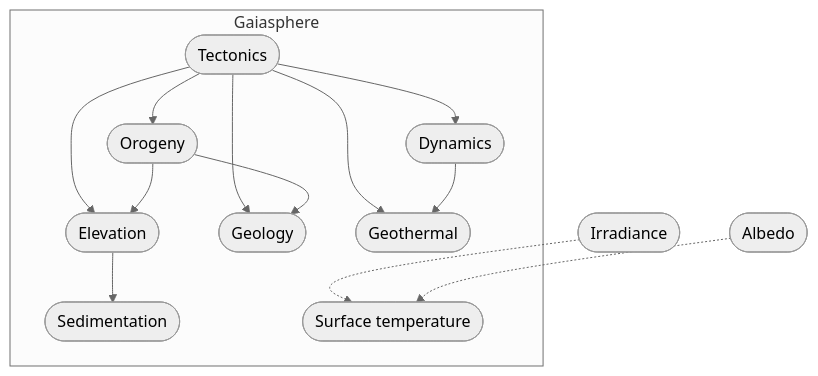
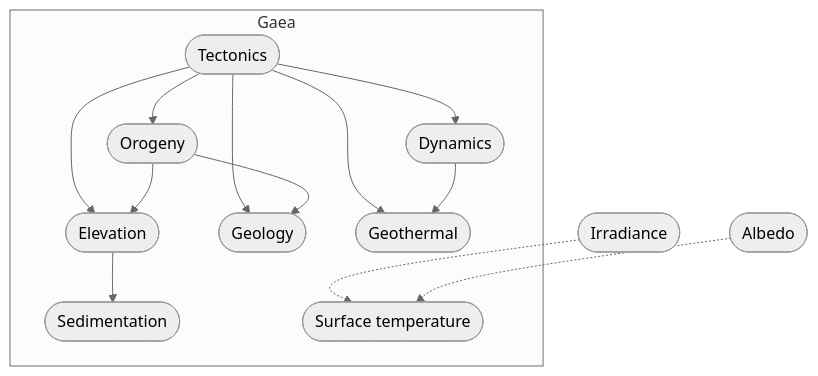
One commit to lagardej/mimameithr changed the third of 8 diagrams in docs/concerns.adoc. Above: the diagram before and after it, drawn with Mermaid (neutral theme). The commit also changed other lines of this file and 136 other files, not shown here.

```diff
--- a/docs/concerns.adoc
+++ b/docs/concerns.adoc
@@ -179,29 +179,29 @@
 [mermaid]
 ....
 flowchart TB
-    subgraph Gaiasphere
+    subgraph Gaea
         Tectonics([Tectonics])
         Orogeny([Orogeny])
         Elevation([Elevation])
         Dynamics([Dynamics])
         Sedimentation([Sedimentation])
         Geology([Geology])
         Geothermal([Geothermal])
         SurfaceTemperature([Surface temperature])
     end
 
     Irradiance([Irradiance])
     Albedo([Albedo])
 
     Tectonics --> Orogeny
     Tectonics --> Elevation
     Tectonics --> Dynamics
     Tectonics --> Geology
     Tectonics --> Geothermal
     Orogeny --> Elevation
     Orogeny --> Geology
     Dynamics --> Geothermal
     Elevation --> Sedimentation
     Irradiance -.-> SurfaceTemperature
     Albedo -.-> SurfaceTemperature
 ....
```
